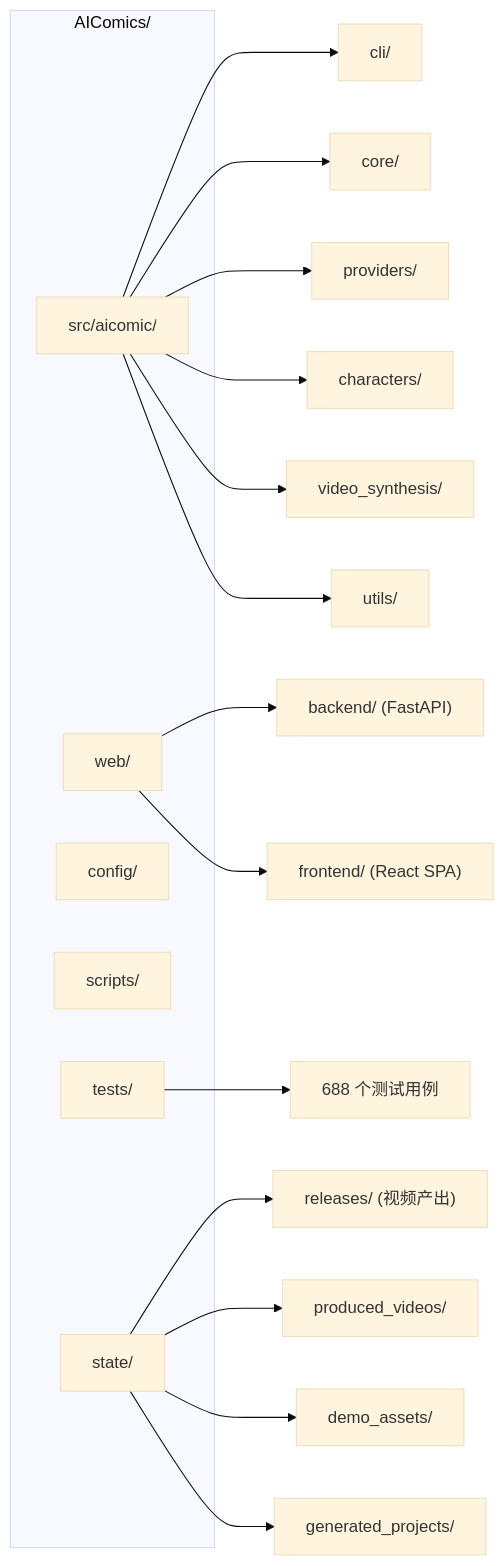
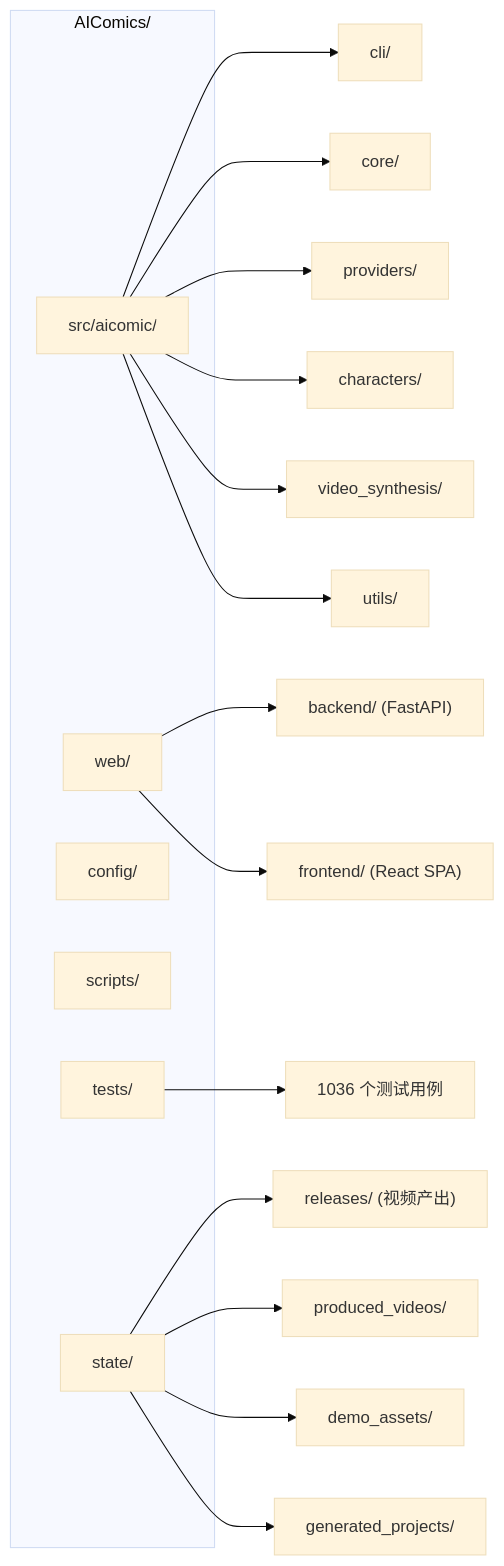
The fourth of 4 diagrams in README.md (chfr19820610-cell/AIComics), drawn with Mermaid (base theme) before and after one commit. The commit also changed other lines of this file, not shown here.

First line of the commit message:
docs: sync README to v4.0 — version badge, feature section, roadmap, test count

````diff
--- a/README.md
+++ b/README.md
@@ -417,28 +450,28 @@
 ```mermaid
 graph LR
     subgraph Root["AIComics/"]
         SRC["src/aicomic/"]
         WEB["web/"]
         CFG["config/"]
         SCR["scripts/"]
         TST["tests/"]
         ST["state/"]
     end
 
     SRC --> CLI["cli/"]
     SRC --> CORE["core/"]
     SRC --> PROV2["providers/"]
     SRC --> CHAR2["characters/"]
     SRC --> VS["video_synthesis/"]
     SRC --> UTL["utils/"]
 
     WEB --> BE["backend/ (FastAPI)"]
     WEB --> FE["frontend/ (React SPA)"]
 
-    TST --> T688["688 个测试用例"]
+    TST --> T1036["1036 个测试用例"]
 
     ST --> REL["releases/ (视频产出)"]
     ST --> PV["produced_videos/"]
     ST --> DA["demo_assets/"]
     ST --> GP["generated_projects/"]
 ```
````
